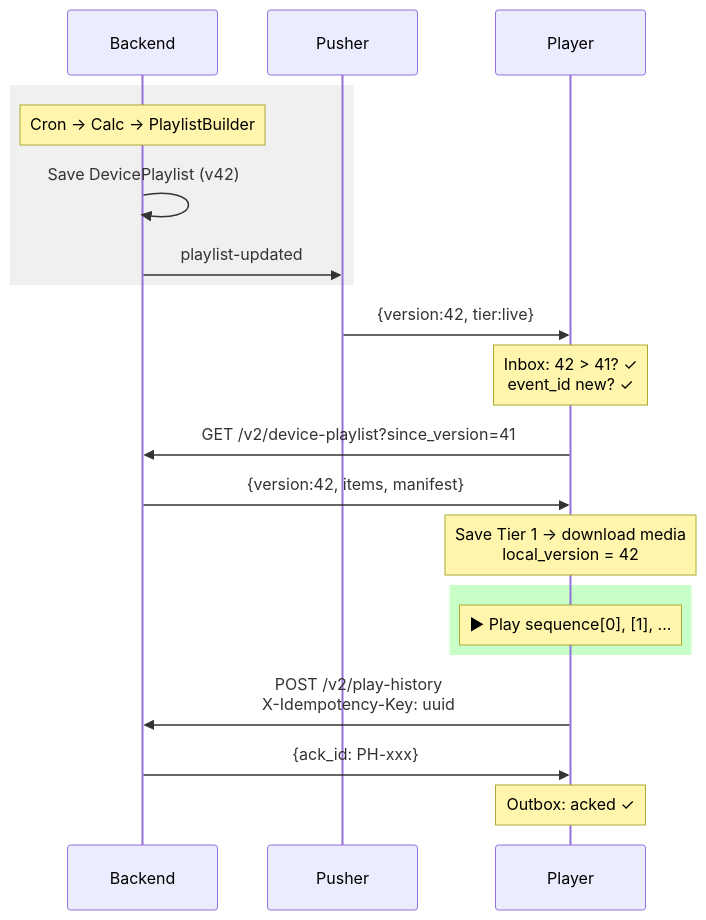
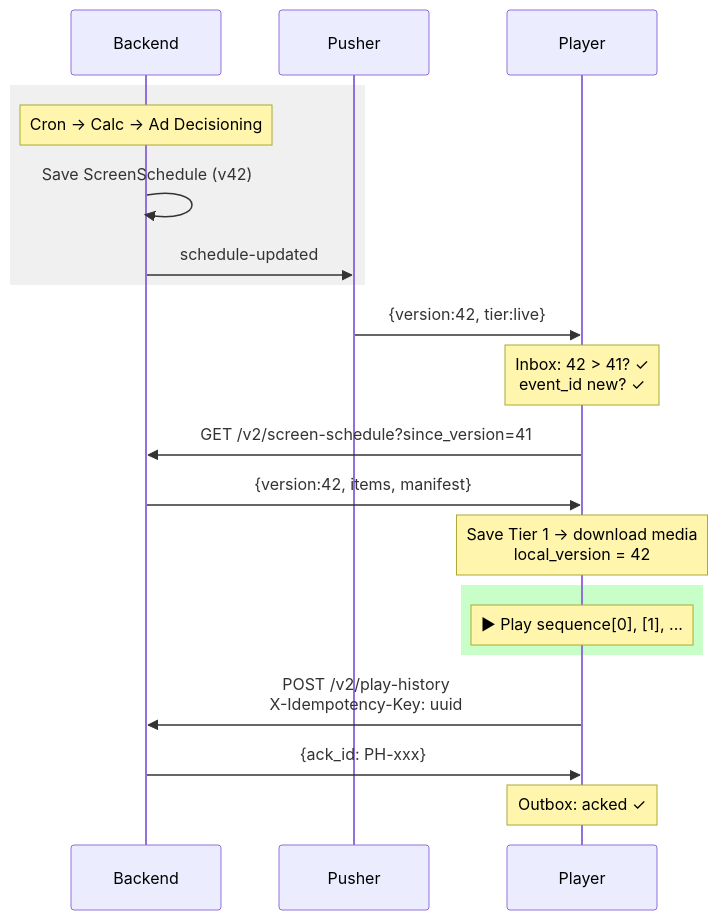
The diagram in scripts/diagrams/05-1-flow-normal.mmd (wasikarn/jira-generator), drawn with Mermaid before and after one commit. The commit also changed 6 other files, not shown here.

First line of the commit message:
feat: align architecture docs with DOOH industry terminology + add pDOOH roadmap

```diff
--- a/scripts/diagrams/05-1-flow-normal.mmd
+++ b/scripts/diagrams/05-1-flow-normal.mmd
@@ -1,20 +1,20 @@
 sequenceDiagram
     participant BE as Backend
     participant PU as Pusher
     participant PL as Player
     rect rgb(240, 240, 240)
-        Note over BE: Cron → Calc → PlaylistBuilder
-        BE->>BE: Save DevicePlaylist (v42)
-        BE->>PU: playlist-updated
+        Note over BE: Cron → Calc → Ad Decisioning
+        BE->>BE: Save ScreenSchedule (v42)
+        BE->>PU: schedule-updated
     end
     PU->>PL: {version:42, tier:live}
     Note over PL: Inbox: 42 > 41? ✓<br/>event_id new? ✓
-    PL->>BE: GET /v2/device-playlist?since_version=41
+    PL->>BE: GET /v2/screen-schedule?since_version=41
     BE->>PL: {version:42, items, manifest}
     Note over PL: Save Tier 1 → download media<br/>local_version = 42
     rect rgb(200, 255, 200)
         Note over PL: ▶ Play sequence[0], [1], ...
     end
     PL->>BE: POST /v2/play-history<br/>X-Idempotency-Key: uuid
     BE->>PL: {ack_id: PH-xxx}
     Note over PL: Outbox: acked ✓
```
